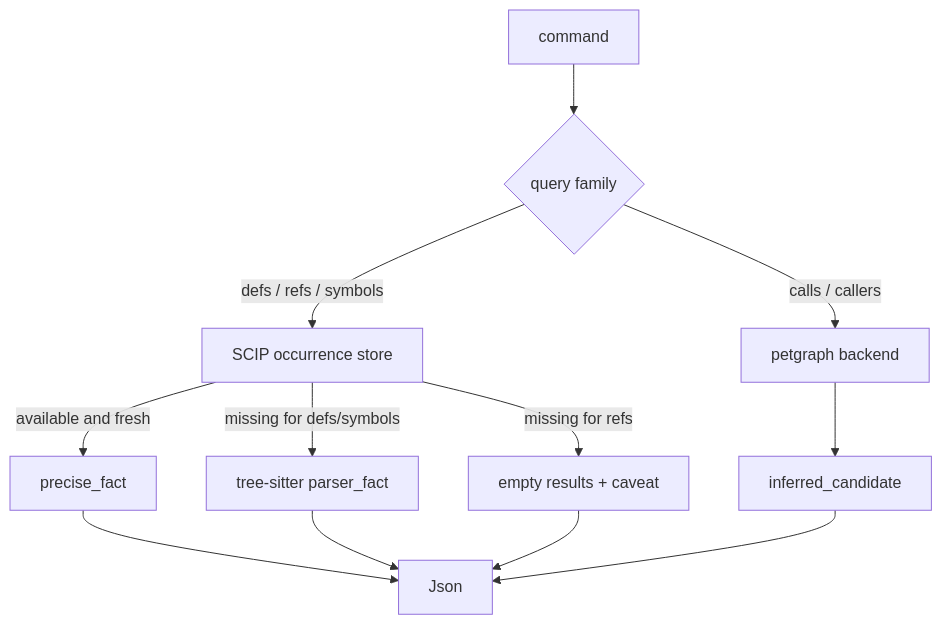
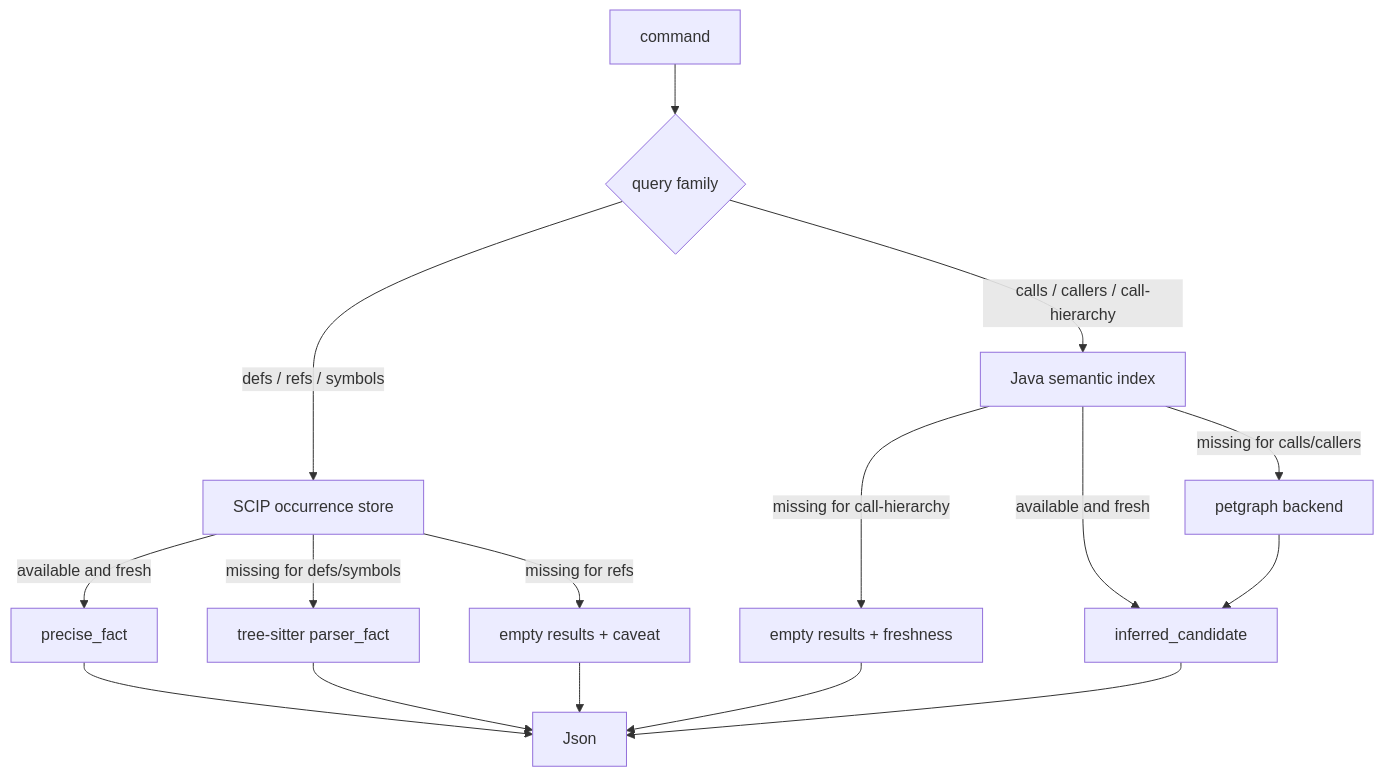
The third of 6 diagrams in docs/01-architecture.md (mars167/CodeTrail), drawn with Mermaid before and after one commit. The commit also changed other lines of this file and 23 other files, not shown here.

Commit message:
feat: add Java semantic call hierarchy

````diff
--- a/docs/01-architecture.md
+++ b/docs/01-architecture.md
@@ -62,17 +62,21 @@
 ```mermaid
 flowchart TD
   Cmd["command"] --> Kind{"query family"}
 
   Kind -->|defs / refs / symbols| Scip["SCIP occurrence store"]
   Scip -->|available and fresh| Precise["precise_fact"]
   Scip -->|missing for defs/symbols| Fallback["tree-sitter parser_fact"]
   Scip -->|missing for refs| Reject["empty results + caveat"]
 
-  Kind -->|calls / callers| Graph["petgraph backend"]
-  Graph --> Candidate["inferred_candidate"]
+  Kind -->|calls / callers / call-hierarchy| JavaSem["Java semantic index"]
+  JavaSem -->|available and fresh| Candidate["inferred_candidate"]
+  JavaSem -->|missing for calls/callers| Graph["petgraph backend"]
+  JavaSem -->|missing for call-hierarchy| RejectHierarchy["empty results + freshness"]
+  Graph --> Candidate
 
   Precise --> Json
   Fallback --> Json
   Reject --> Json
+  RejectHierarchy --> Json
   Candidate --> Json
 ```
````
